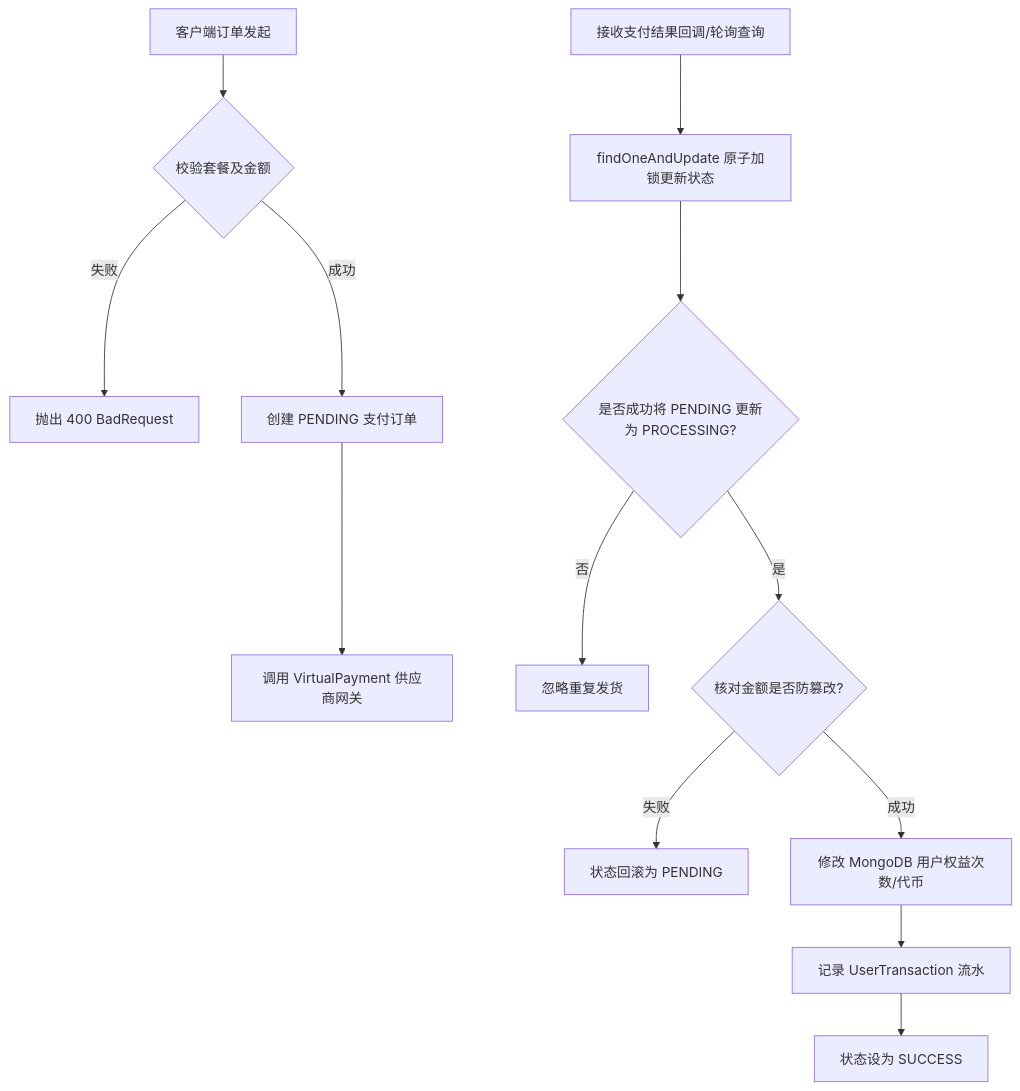
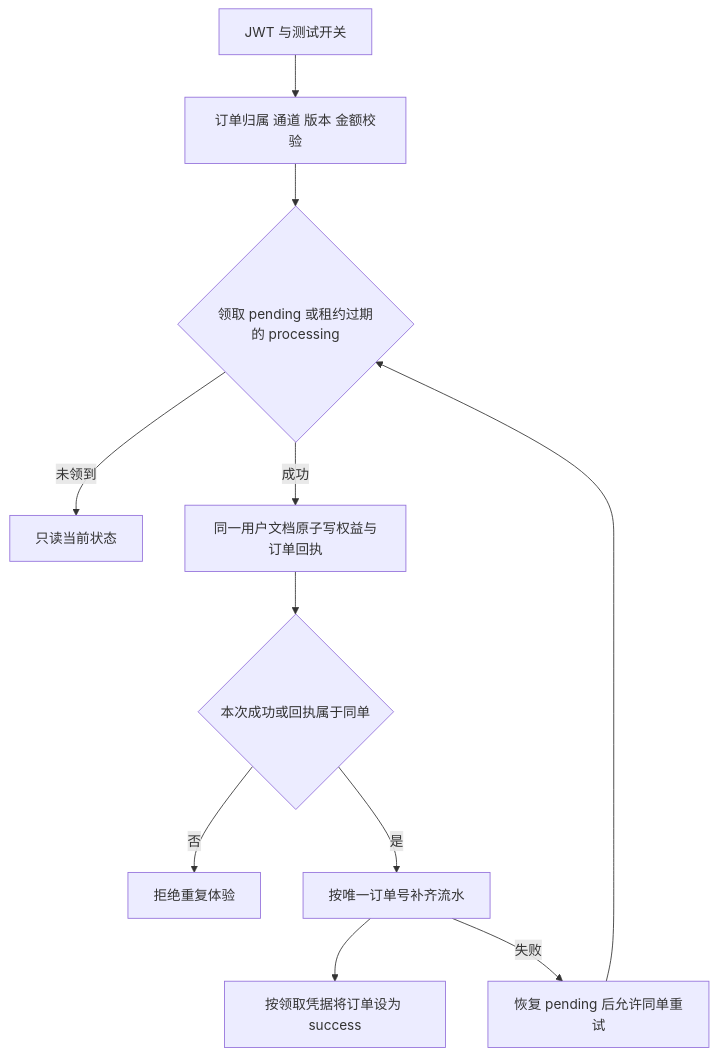
One commit to KlayPeter/man-shi-mai changed the diagram in apps/server/src/payment/Agent.md. Above: the diagram before and after it, drawn with Mermaid. The commit also changed other lines of this file and 23 other files, not shown here.

````diff
--- a/apps/server/src/payment/Agent.md
+++ b/apps/server/src/payment/Agent.md
@@ -13,16 +22,13 @@
 ```mermaid
-graph TD
-    Client[客户端订单发起] --> ValidatePlan{校验套餐及金额}
-    ValidatePlan -- 失败 --> Throw400[抛出 400 BadRequest]
-    ValidatePlan -- 成功 --> CreatePending[创建 PENDING 支付订单]
-    CreatePending --> CallGateway[调用 VirtualPayment 供应商网关]
-    
-    GatewayCallback[接收支付结果回调/轮询查询] --> LockRecord[findOneAndUpdate 原子加锁更新状态]
-    LockRecord --> LockCheck{是否成功将 PENDING 更新为 PROCESSING?}
-    LockCheck -- 否 --> Return[忽略重复发货]
-    LockCheck -- 是 --> VerifyAmount{核对金额是否防篡改?}
-    VerifyAmount -- 失败 --> Rollback[状态回滚为 PENDING]
-    VerifyAmount -- 成功 --> AddBenefits[修改 MongoDB 用户权益次数/代币]
-    AddBenefits --> AddTx[记录 UserTransaction 流水]
-    AddTx --> SetSuccess[状态设为 SUCCESS]
+flowchart TD
+    A[JWT 与测试开关] --> B[订单归属 通道 版本 金额校验]
+    B --> C{领取 pending 或租约过期的 processing}
+    C -- 未领到 --> Q[只读当前状态]
+    C -- 成功 --> D[同一用户文档原子写权益与订单回执]
+    D --> E{本次成功或回执属于同单}
+    E -- 否 --> X[拒绝重复体验]
+    E -- 是 --> F[按唯一订单号补齐流水]
+    F --> G[按领取凭据将订单设为 success]
+    F -- 失败 --> H[恢复 pending 后允许同单重试]
+    H --> C
 ```
````
